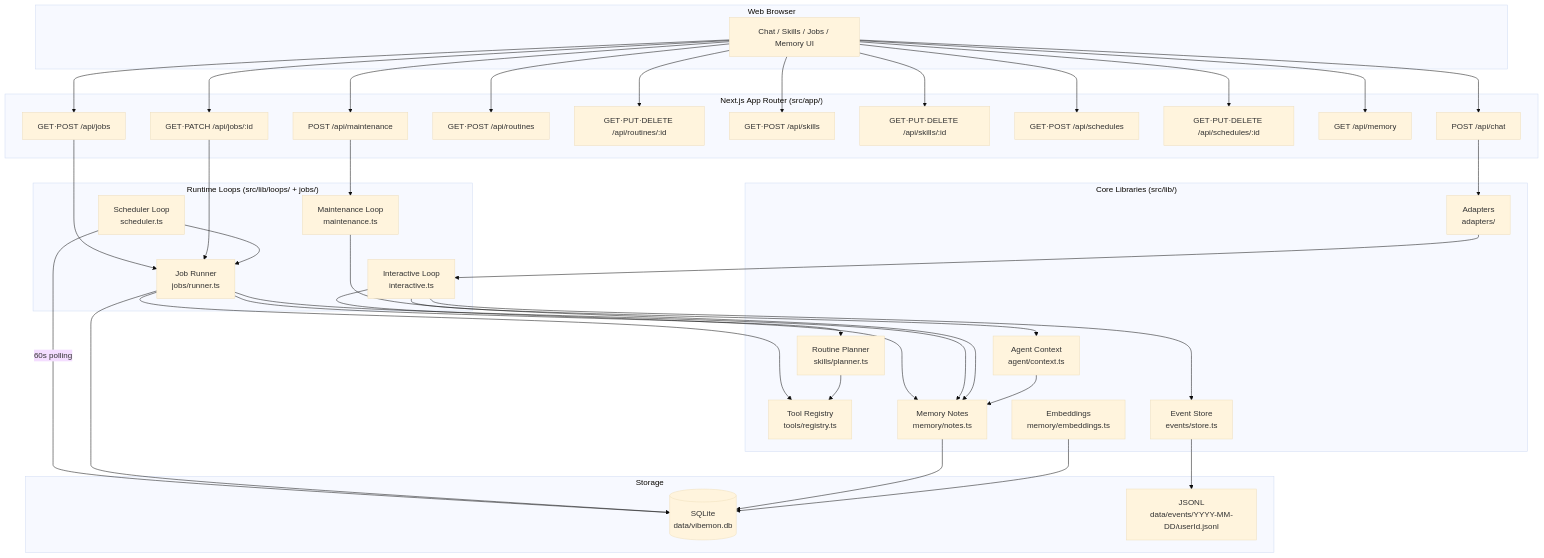
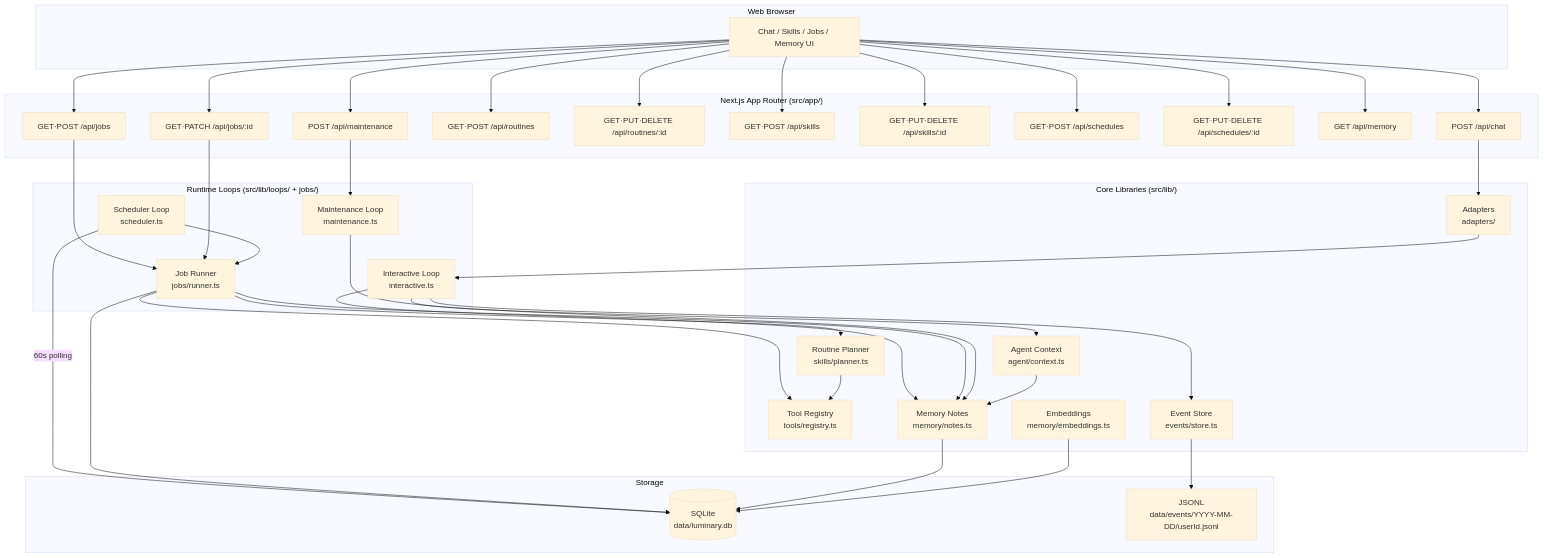
The first of 4 diagrams in docs/architecture/overview.md (nalbam/luminary), drawn with Mermaid (base theme) before and after one commit. The commit also changed 17 other files, not shown here.

````diff
--- a/docs/architecture/overview.md
+++ b/docs/architecture/overview.md
@@ -7,59 +7,59 @@
 ```mermaid
 graph TB
     subgraph Browser["Web Browser"]
         UI[Chat / Skills / Jobs / Memory UI]
     end
 
     subgraph NextJS["Next.js App Router (src/app/)"]
         CHAT[POST /api/chat]
         JOBS[GET·POST /api/jobs]
         JOBID[GET·PATCH /api/jobs/:id]
         ROUTINES[GET·POST /api/routines]
         ROUTINEID[GET·PUT·DELETE /api/routines/:id]
         SKILLS[GET·POST /api/skills]
         SKILLID[GET·PUT·DELETE /api/skills/:id]
         SCHED[GET·POST /api/schedules]
         SCHEDID[GET·PUT·DELETE /api/schedules/:id]
         MEM[GET /api/memory]
         MAINT[POST /api/maintenance]
     end
 
     subgraph Loops["Runtime Loops (src/lib/loops/ + jobs/)"]
         IL[Interactive Loop\ninteractive.ts]
         JR[Job Runner\njobs/runner.ts]
         SL[Scheduler Loop\nscheduler.ts]
         ML[Maintenance Loop\nmaintenance.ts]
     end
 
     subgraph Core["Core Libraries (src/lib/)"]
         PLANNER[Routine Planner\nskills/planner.ts]
         TOOLS[Tool Registry\ntools/registry.ts]
         NOTES[Memory Notes\nmemory/notes.ts]
         CTX[Agent Context\nagent/context.ts]
         EMB[Embeddings\nmemory/embeddings.ts]
         EVENTS[Event Store\nevents/store.ts]
         ADAPT[Adapters\nadapters/]
     end
 
     subgraph Storage["Storage"]
-        DB[(SQLite\ndata/vibemon.db)]
+        DB[(SQLite\ndata/luminary.db)]
         JSONL[JSONL\ndata/events/YYYY-MM-DD/userId.jsonl]
     end
 
     UI --> CHAT & JOBS & JOBID & ROUTINES & ROUTINEID & SKILLS & SKILLID & SCHED & SCHEDID & MEM & MAINT
     CHAT --> ADAPT --> IL
     JOBS & JOBID --> JR
     MAINT --> ML
     SL -->|60s polling| DB
     SL --> JR
 
     IL --> CTX & EVENTS & NOTES
     JR --> PLANNER & TOOLS & NOTES & DB
     ML --> NOTES
     PLANNER --> TOOLS
 
     CTX --> NOTES
     NOTES --> DB
     EMB --> DB
     EVENTS --> JSONL
 ```
````
